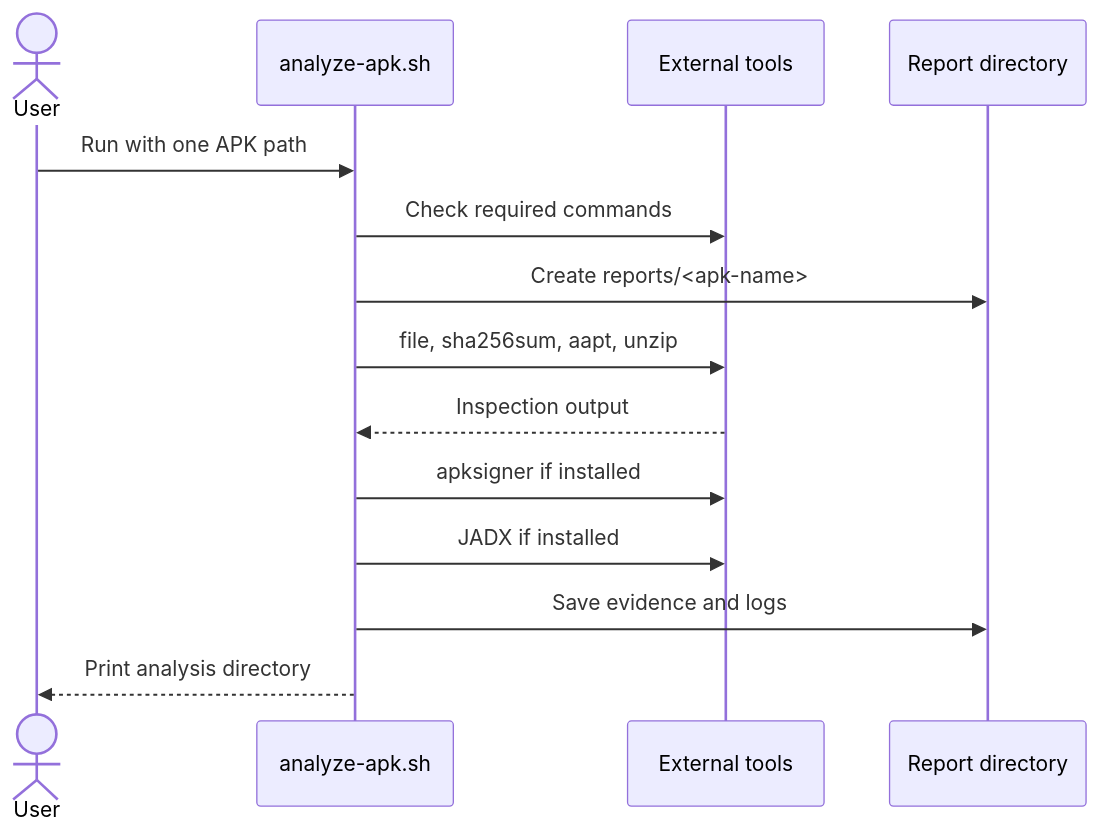
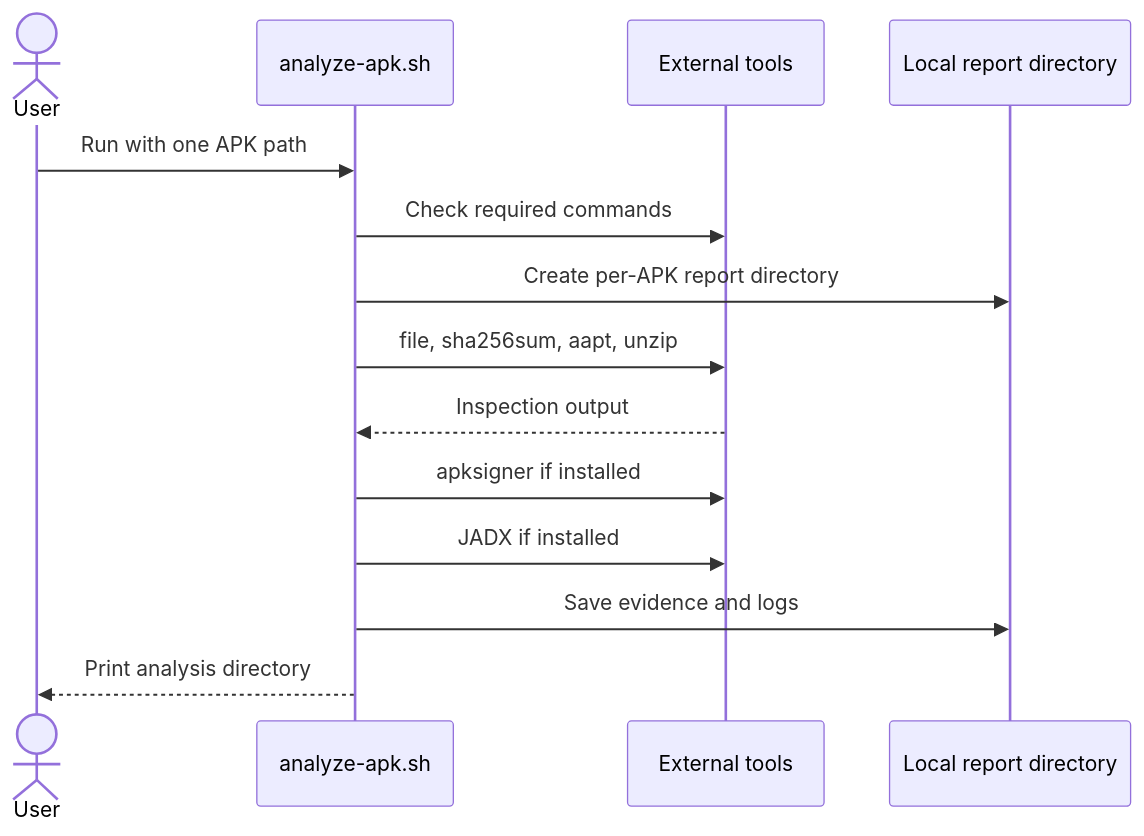
One commit to SHalimoosavi/SYJ-RE-Workstation changed the second of 2 diagrams in README.md. Above: the diagram before and after it, drawn with Mermaid. The commit also changed other lines of this file, not shown here.

````diff
--- a/README.md
+++ b/README.md
@@ -233,16 +245,16 @@
 ```mermaid
 sequenceDiagram
     actor User
     participant Script as analyze-apk.sh
     participant Tools as External tools
-    participant Output as Report directory
+    participant Output as Local report directory
     User->>Script: Run with one APK path
     Script->>Tools: Check required commands
-    Script->>Output: Create reports/<apk-name>
+    Script->>Output: Create per-APK report directory
     Script->>Tools: file, sha256sum, aapt, unzip
     Tools-->>Script: Inspection output
     Script->>Tools: apksigner if installed
     Script->>Tools: JADX if installed
     Script->>Output: Save evidence and logs
     Script-->>User: Print analysis directory
 ```
````
